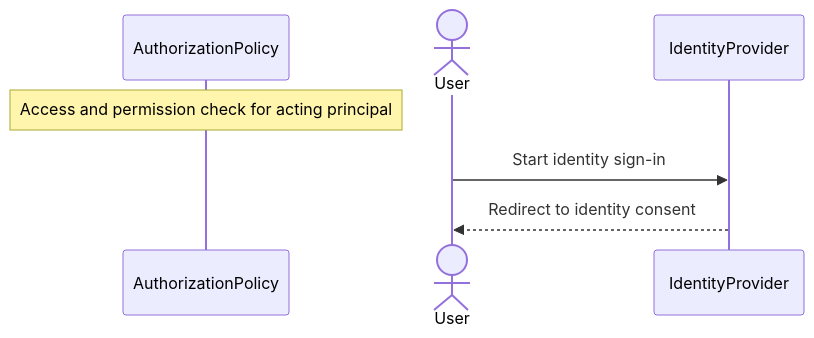
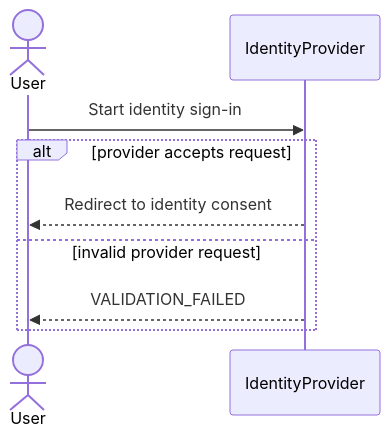
One commit to ChidiRnweke/margin changed the first of 7 diagrams in architecture/sequence-diagrams/01-auth-profile.md. Above: the diagram before and after it, drawn with Mermaid. The commit also changed other lines of this file and 12 other files, not shown here.

Commit message:
Enhance sequence diagrams and introduce traceability matrix

````diff
--- a/architecture/sequence-diagrams/01-auth-profile.md
+++ b/architecture/sequence-diagrams/01-auth-profile.md
@@ -7,9 +9,11 @@
 ```mermaid
 sequenceDiagram
-    participant G as AuthorizationPolicy
-    Note over G: Access and permission check for acting principal
     actor U as User
     participant O as IdentityProvider
     U->>O: Start identity sign-in
-    O-->>U: Redirect to identity consent
+    alt provider accepts request
+        O-->>U: Redirect to identity consent
+    else invalid provider request
+        O-->>U: VALIDATION_FAILED
+    end
 ```
````
